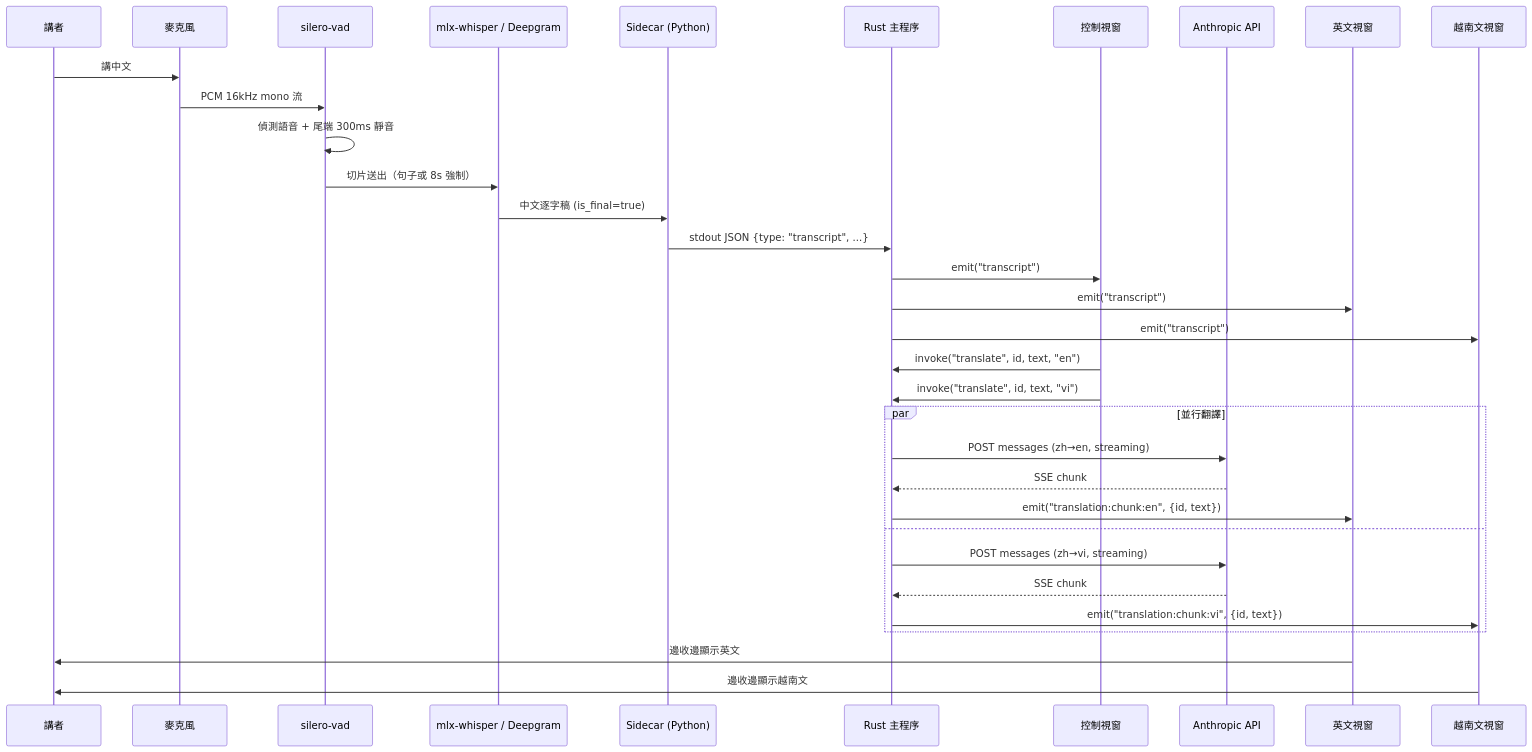
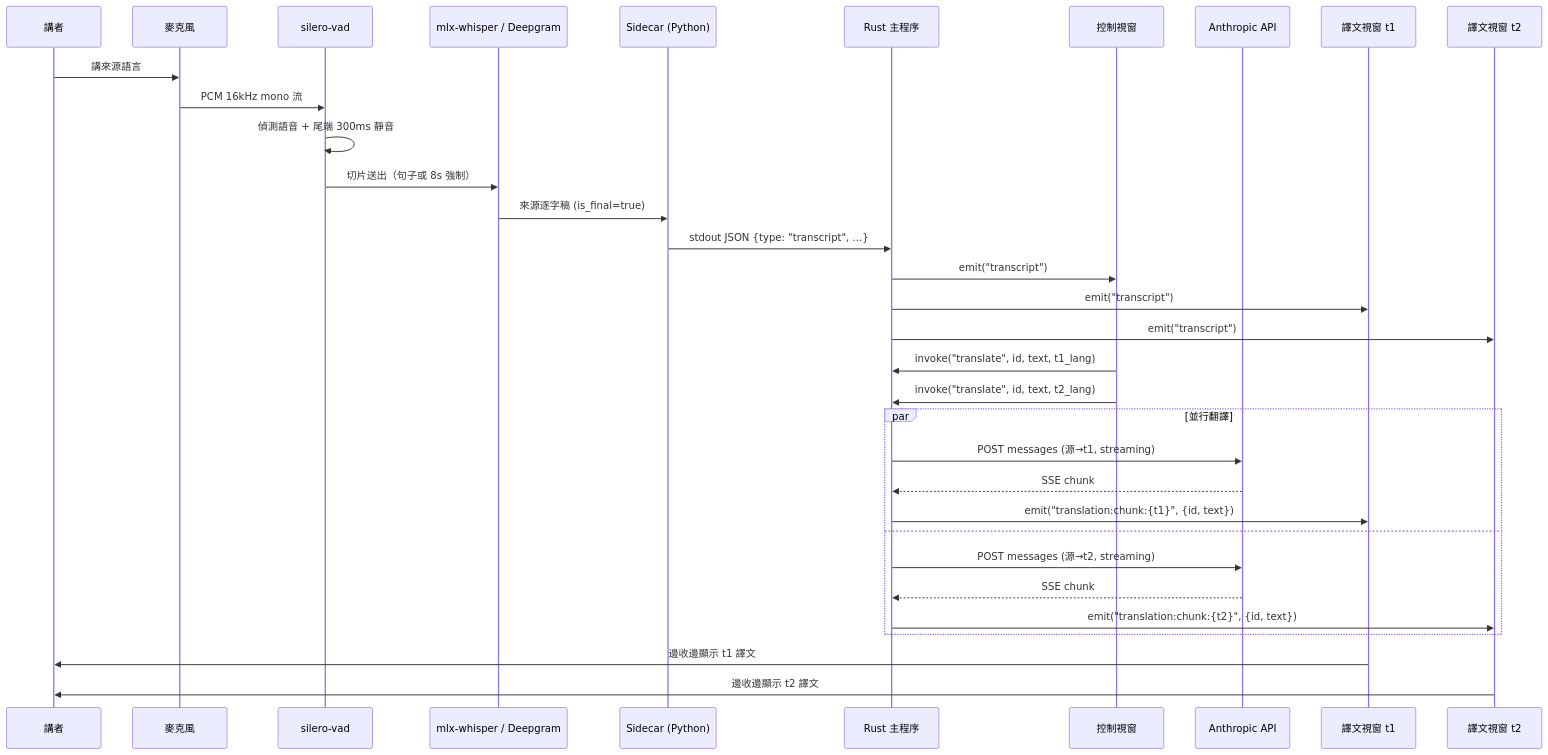
Before and after one commit to yeevclaw/MeetingCast: the second of 6 diagrams in docs/ARCHITECTURE.md, drawn with Mermaid. The commit also changed other lines of this file and 7 other files, not shown here.

Commit message:
docs: multi-language architecture + ADD_LANGUAGE SOP

````diff
--- a/docs/ARCHITECTURE.md
+++ b/docs/ARCHITECTURE.md
@@ -41,36 +41,36 @@
 ```mermaid
 sequenceDiagram
     participant User as 講者
     participant Mic as 麥克風
     participant VAD as silero-vad
     participant STT as mlx-whisper / Deepgram
     participant Sidecar as Sidecar (Python)
     participant Rust as Rust 主程序
     participant Ctrl as 控制視窗
     participant API as Anthropic API
-    participant En as 英文視窗
-    participant Vi as 越南文視窗
+    participant En as 譯文視窗 t1
+    participant Vi as 譯文視窗 t2
 
-    User->>Mic: 講中文
+    User->>Mic: 講來源語言
     Mic->>VAD: PCM 16kHz mono 流
     VAD->>VAD: 偵測語音 + 尾端 300ms 靜音
     VAD->>STT: 切片送出（句子或 8s 強制）
-    STT->>Sidecar: 中文逐字稿 (is_final=true)
+    STT->>Sidecar: 來源逐字稿 (is_final=true)
     Sidecar->>Rust: stdout JSON {type: "transcript", ...}
     Rust->>Ctrl: emit("transcript")
     Rust->>En: emit("transcript")
     Rust->>Vi: emit("transcript")
-    Ctrl->>Rust: invoke("translate", id, text, "en")
-    Ctrl->>Rust: invoke("translate", id, text, "vi")
+    Ctrl->>Rust: invoke("translate", id, text, t1_lang)
+    Ctrl->>Rust: invoke("translate", id, text, t2_lang)
     par 並行翻譯
-        Rust->>API: POST messages (zh→en, streaming)
+        Rust->>API: POST messages (源→t1, streaming)
         API-->>Rust: SSE chunk
-        Rust->>En: emit("translation:chunk:en", {id, text})
+        Rust->>En: emit("translation:chunk:{t1}", {id, text})
     and
-        Rust->>API: POST messages (zh→vi, streaming)
+        Rust->>API: POST messages (源→t2, streaming)
         API-->>Rust: SSE chunk
-        Rust->>Vi: emit("translation:chunk:vi", {id, text})
+        Rust->>Vi: emit("translation:chunk:{t2}", {id, text})
     end
-    En->>User: 邊收邊顯示英文
-    Vi->>User: 邊收邊顯示越南文
+    En->>User: 邊收邊顯示 t1 譯文
+    Vi->>User: 邊收邊顯示 t2 譯文
 ```
````
